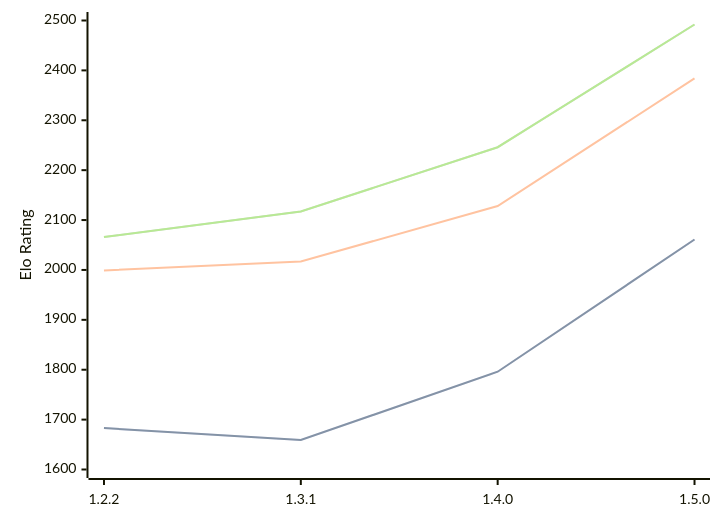
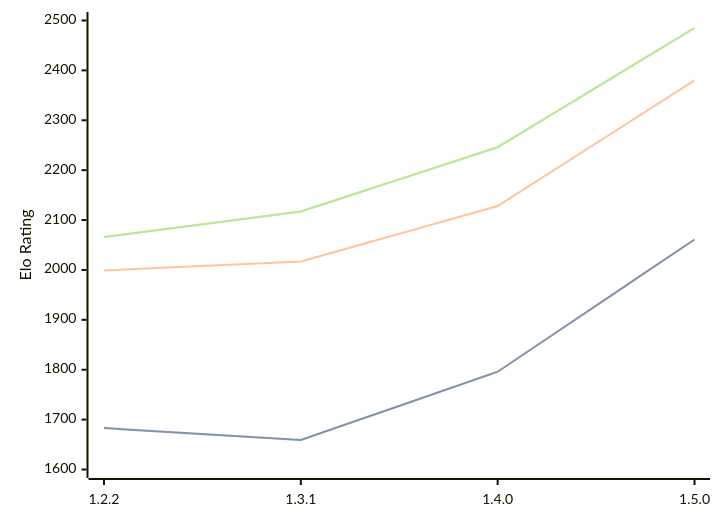
Before and after one commit to computer-chess-index/cci: the diagram in engines/SoloEngine.md, drawn with Mermaid. The commit also changed other lines of this file, not shown here.

Commit message:
Update CCI Ratings (ELO VLTC) - 2026-03-13

````diff
--- a/engines/SoloEngine.md
+++ b/engines/SoloEngine.md
@@ -32,11 +32,11 @@
 ```mermaid
 %%{init: {"theme":"base","themeVariables":{"seriesColors:['#a3a3a3','#222221','#faa371']}}}%%
 xychart-beta
   x-axis ["1.2.2", "1.3.1", "1.4.0", "1.5.0"]
   y-axis "Elo Rating" 1600 --> 2500
   line "STC (8.0+0.08s)" [1683, 1659, 1796, 2061]
   line "STC (8.0+0.08s)" [1683, 1659, 1796, 2061]
-  line "LTC (60.0+0.60s)" [1999, 2017, 2128, 2384]
-  line "VLTC (2m24s+1.12s)" [2066, 2117, 2246, 2492]
-  line "VLTC (2m24s+1.12s)" [2066, 2117, 2246, 2492]
+  line "LTC (60.0+0.60s)" [1999, 2017, 2128, 2380]
+  line "VLTC (2m24s+1.12s)" [2066, 2117, 2246, 2485]
+  line "VLTC (2m24s+1.12s)" [2066, 2117, 2246, 2485]
 ```
````
